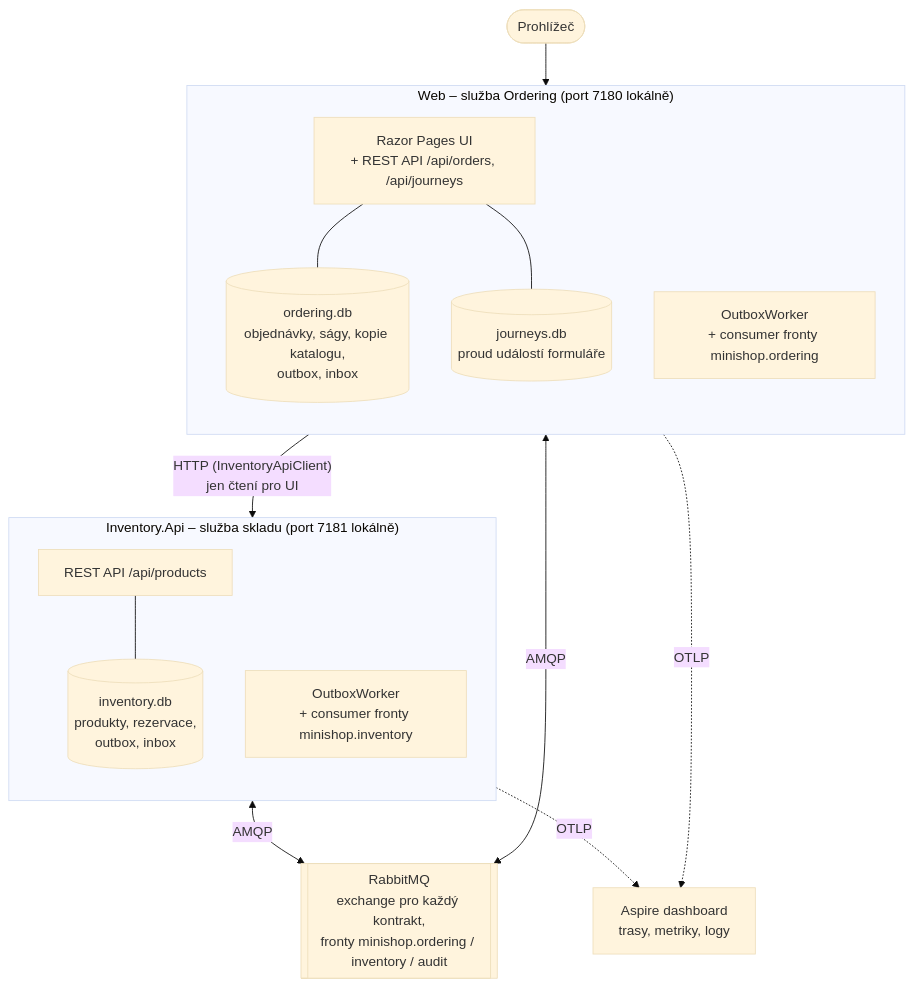
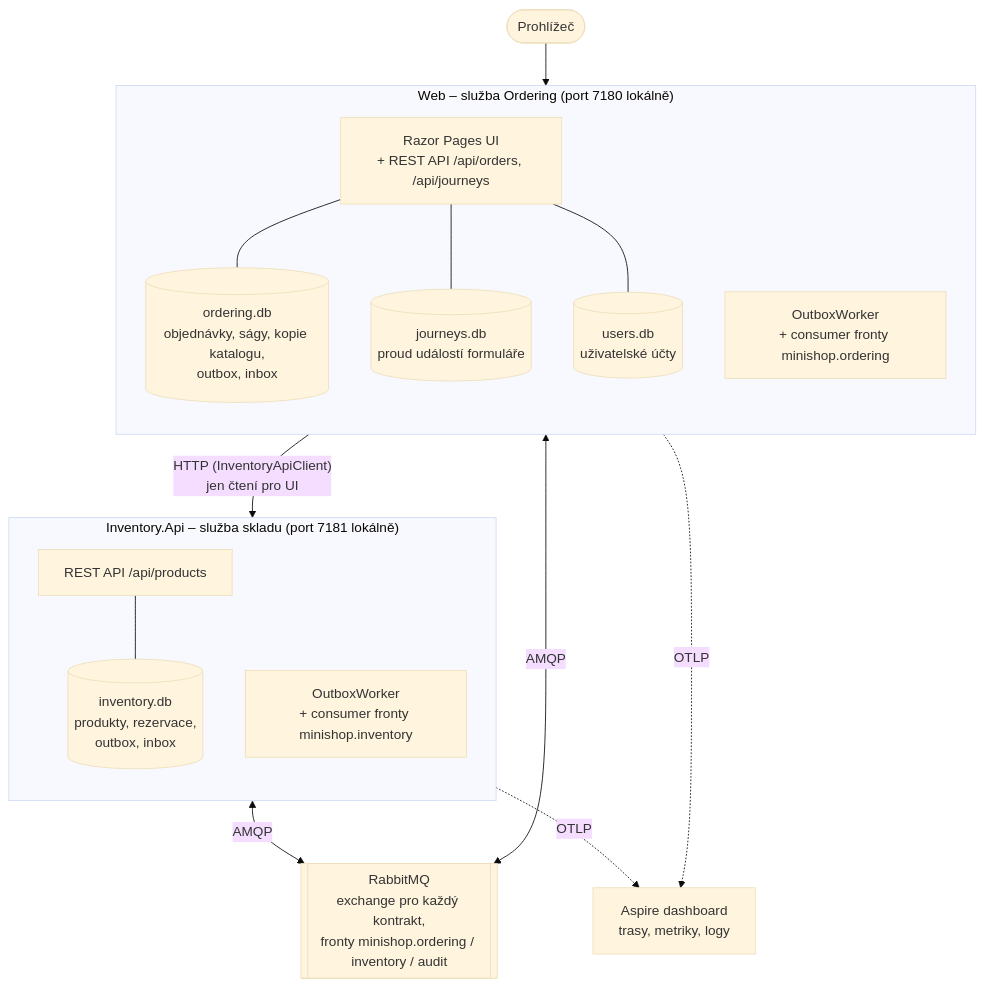
The diagram in docs/prirucka/architektura/kontejnery.md (ftichy/MiniShop), drawn with Mermaid (base theme) before and after one commit. The commit also changed other lines of this file and 34 other files, not shown here.

First line of the commit message:
ACCOUNTS STEP1: účty, registrace, přihlášení

````diff
--- a/docs/prirucka/architektura/kontejnery.md
+++ b/docs/prirucka/architektura/kontejnery.md
@@ -12,40 +12,43 @@
 ```mermaid
 flowchart TB
     browser(["Prohlížeč"])
 
     subgraph webSvc["Web – služba Ordering (port 7180 lokálně)"]
         direction TB
         ui["Razor Pages UI<br/>+ REST API /api/orders, /api/journeys"]
         ow1["OutboxWorker<br/>+ consumer fronty minishop.ordering"]
         odb[("ordering.db<br/>objednávky, ságy, kopie katalogu,<br/>outbox, inbox")]
         jdb[("journeys.db<br/>proud událostí formuláře")]
+        udb[("users.db<br/>uživatelské účty")]
     end
 
     subgraph invSvc["Inventory.Api – služba skladu (port 7181 lokálně)"]
         direction TB
         api["REST API /api/products"]
         ow2["OutboxWorker<br/>+ consumer fronty minishop.inventory"]
         idb[("inventory.db<br/>produkty, rezervace,<br/>outbox, inbox")]
     end
 
     mq[["RabbitMQ<br/>exchange pro každý kontrakt,<br/>fronty minishop.ordering / inventory / audit"]]
     dash["Aspire dashboard<br/>trasy, metriky, logy"]
 
     browser --> ui
     ui -->|"HTTP (InventoryApiClient)<br/>jen čtení pro UI"| api
     ow1 <-->|AMQP| mq
     ow2 <-->|AMQP| mq
     ui --- odb
     ui --- jdb
+    ui --- udb
     api --- idb
     webSvc -.->|OTLP| dash
     invSvc -.->|OTLP| dash
 
     click ui "/Docs/architektura/moduly/ordering"
     click api "/Docs/architektura/moduly/inventory"
     click mq "/Docs/eda/broker"
     click ow1 "/Docs/eda/outbox"
     click ow2 "/Docs/eda/outbox"
     click jdb "/Docs/architektura/moduly/journeys"
+    click udb "/Docs/architektura/moduly/accounts"
     click dash "/Docs/eda/observabilita"
 ```
````
